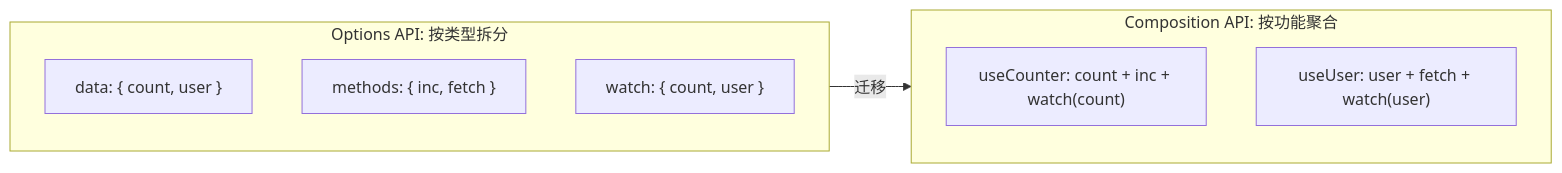
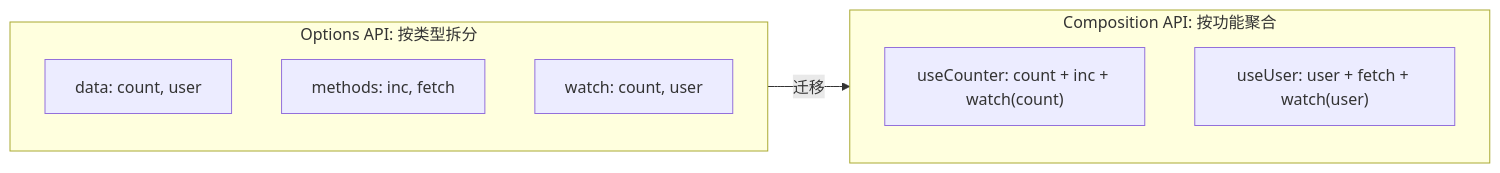
The diagram in docs/Vue3/composition-api.md (zjh42139/interview-notes), drawn with Mermaid before and after one commit. The commit also changed 1 other file, not shown here.

Commit message:
fix: Mermaid语法错误 - {}在[]节点内被解析为菱形
根因: Mermaid将[]矩形节点内的{花括号}误解析为菱形启动符
修复: closure.md和composition-api.md中4处节点文本去花括号或用引号包裹

````diff
--- a/docs/Vue3/composition-api.md
+++ b/docs/Vue3/composition-api.md
@@ -82,13 +82,13 @@
 ```mermaid
 flowchart LR
     subgraph Options["Options API: 按类型拆分"]
-        D1["data: { count, user }"]
-        M1["methods: { inc, fetch }"]
-        W1["watch: { count, user }"]
+        D1["data: count, user"]
+        M1["methods: inc, fetch"]
+        W1["watch: count, user"]
     end
     subgraph Composition["Composition API: 按功能聚合"]
         C1["useCounter: count + inc + watch(count)"]
         C2["useUser: user + fetch + watch(user)"]
     end
     Options -->|迁移| Composition
 ```
````
